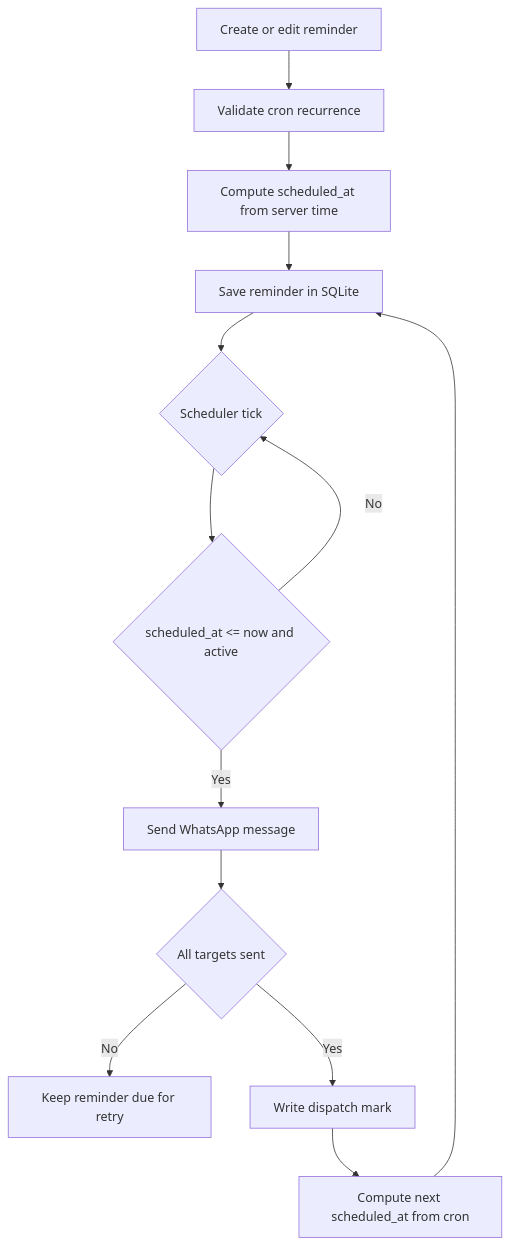
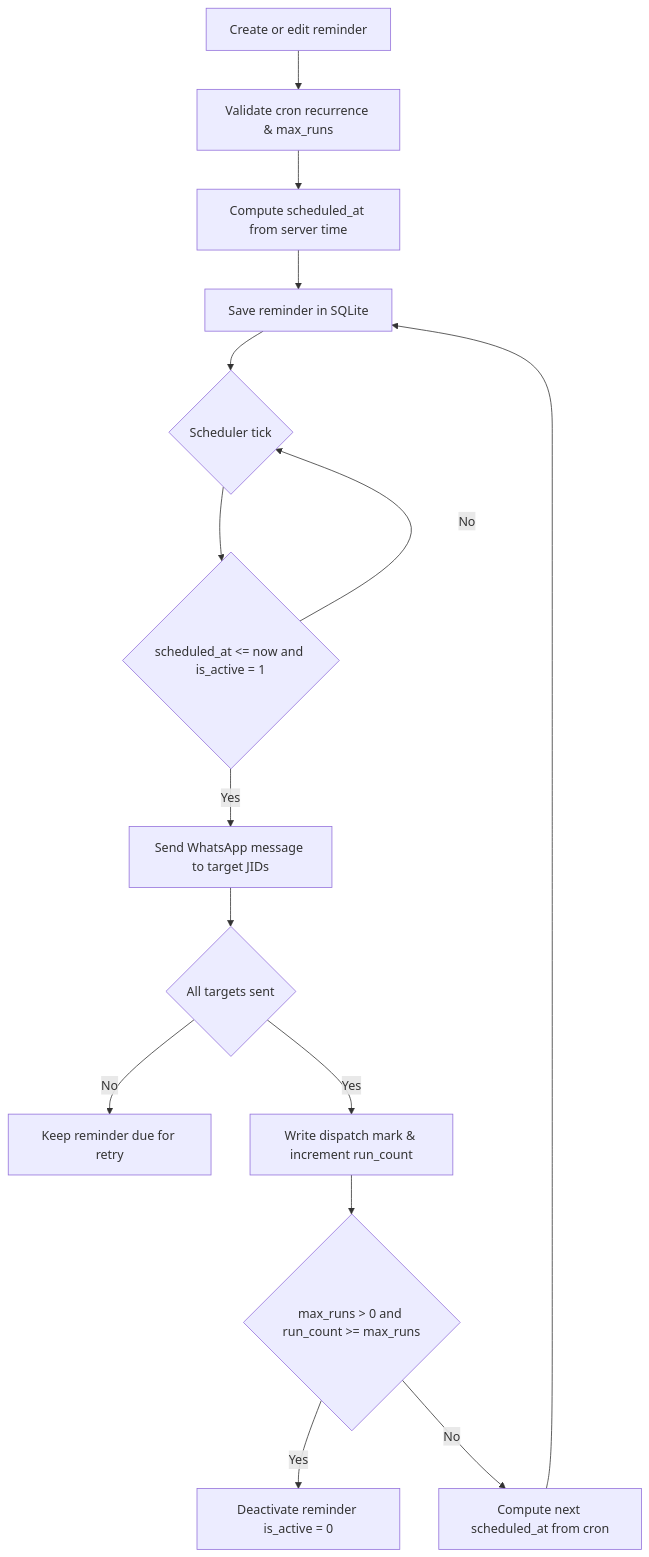
One commit to Hilmi-Raif/Reminder-In changed the diagram in README.md. Above: the diagram before and after it, drawn with Mermaid. The commit also changed other lines of this file and 26 other files, not shown here.

````diff
--- a/README.md
+++ b/README.md
@@ -197,15 +210,17 @@
 ```mermaid
 flowchart TD
-    A[Create or edit reminder] --> B[Validate cron recurrence]
+    A[Create or edit reminder] --> B[Validate cron recurrence & max_runs]
     B --> C[Compute scheduled_at from server time]
     C --> D[Save reminder in SQLite]
     D --> E{Scheduler tick}
-    E --> F{scheduled_at <= now and active}
+    E --> F{scheduled_at <= now and is_active = 1}
     F -->|No| E
-    F -->|Yes| G[Send WhatsApp message]
+    F -->|Yes| G[Send WhatsApp message to target JIDs]
     G --> H{All targets sent}
     H -->|No| I[Keep reminder due for retry]
-    H -->|Yes| J[Write dispatch mark]
-    J --> K[Compute next scheduled_at from cron]
-    K --> D
+    H -->|Yes| J[Write dispatch mark & increment run_count]
+    J --> K{max_runs > 0 and run_count >= max_runs}
+    K -->|Yes| L[Deactivate reminder is_active = 0]
+    K -->|No| M[Compute next scheduled_at from cron]
+    M --> D
 ```
````
